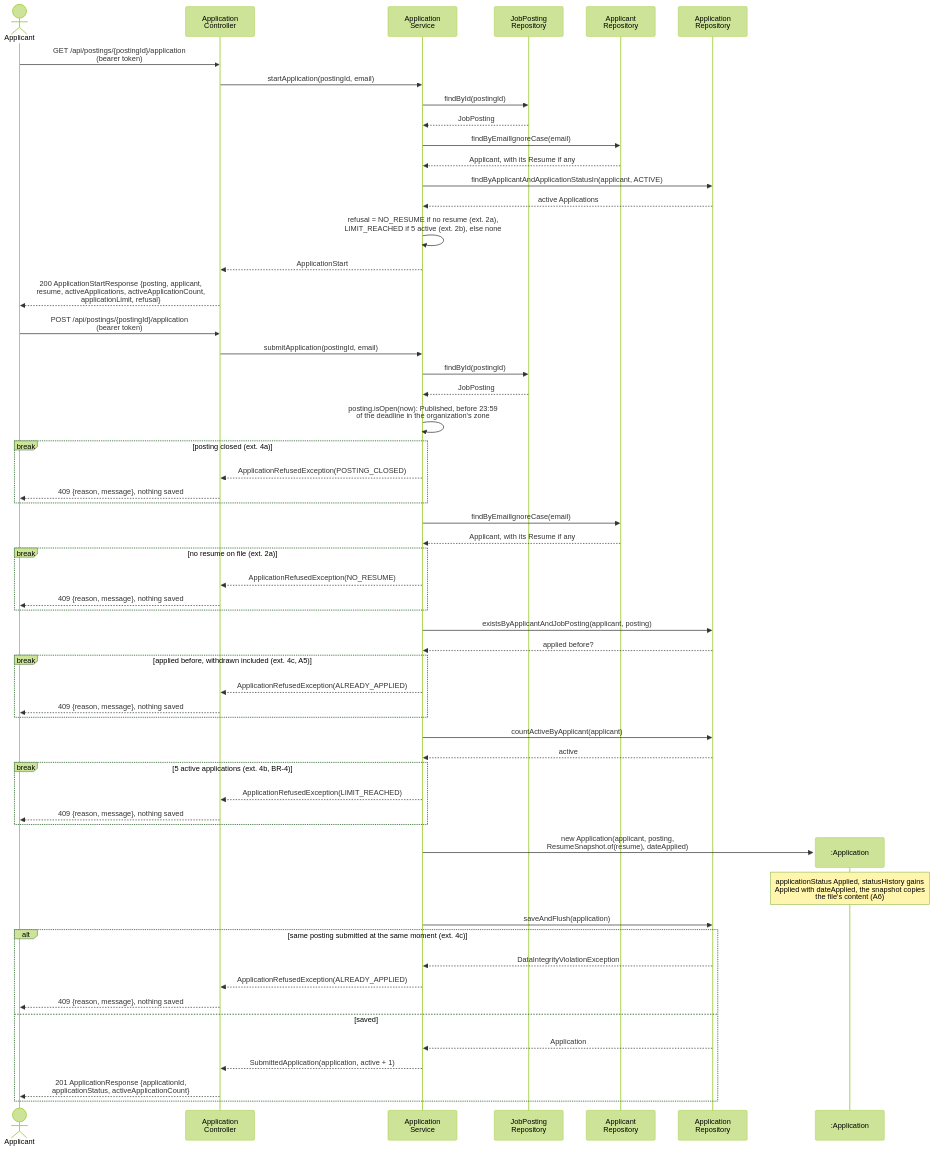
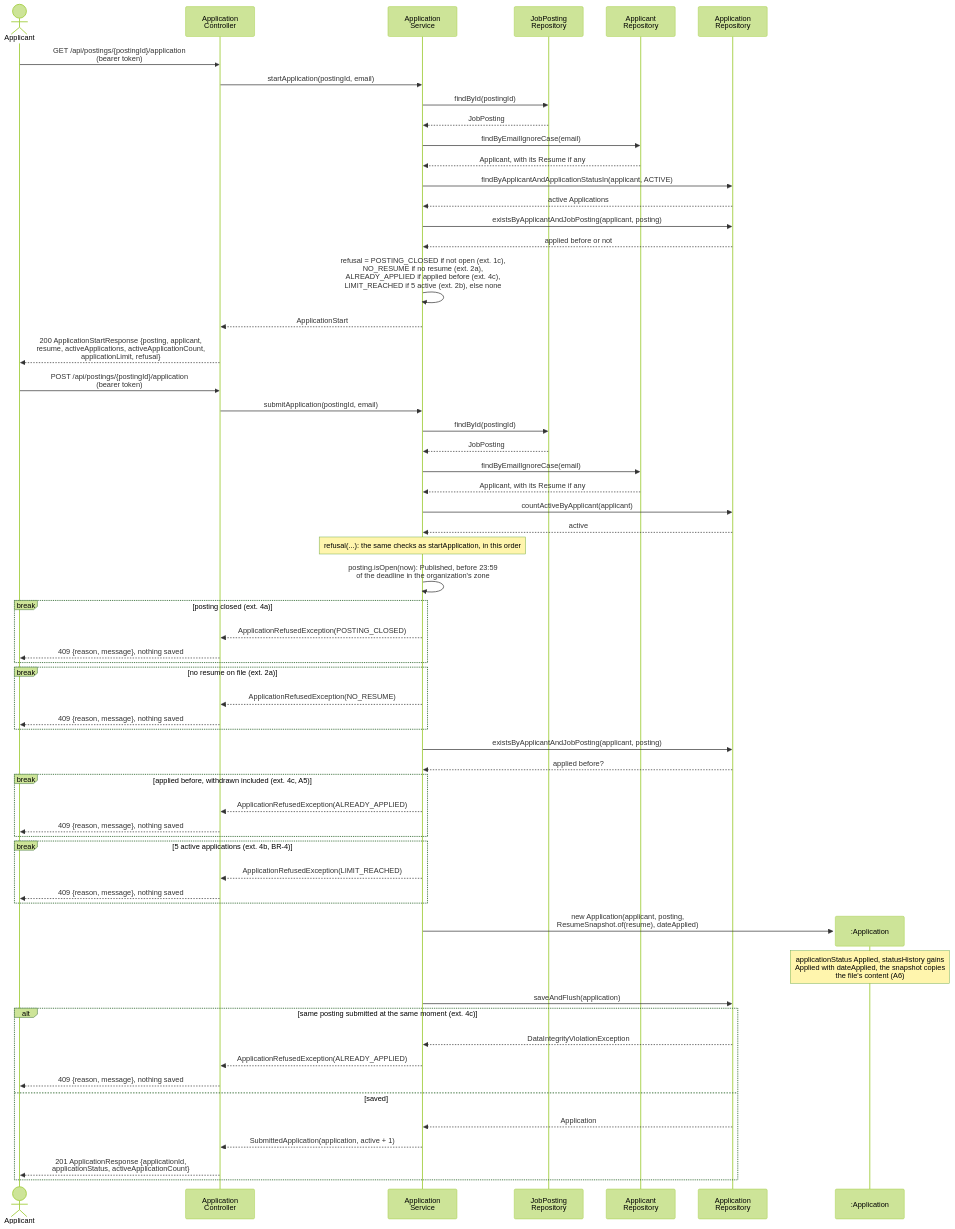
One commit to berdyshevol/careerbridge-csi5324 changed the fifth of 17 diagrams in spec/design.md. Above: the diagram before and after it, drawn with Mermaid (forest theme). The commit also changed other lines of this file and 12 other files, not shown here.

First line of the commit message:
SCRUM-266 startApplication names a closed or already-applied posting; the screen stops deciding

````diff
--- a/spec/design.md
+++ b/spec/design.md
@@ -236,62 +237,65 @@
 ```mermaid
 sequenceDiagram
     actor AP as Applicant
     participant AC as Application<br/>Controller
     participant AS as Application<br/>Service
     participant JR as JobPosting<br/>Repository
     participant UR as Applicant<br/>Repository
     participant AR as Application<br/>Repository
 
     AP->>AC: GET /api/postings/{postingId}/application<br/>(bearer token)
     AC->>AS: startApplication(postingId, email)
     AS->>JR: findById(postingId)
     JR-->>AS: JobPosting
     AS->>UR: findByEmailIgnoreCase(email)
     UR-->>AS: Applicant, with its Resume if any
     AS->>AR: findByApplicantAndApplicationStatusIn(applicant, ACTIVE)
     AR-->>AS: active Applications
-    AS->>AS: refusal = NO_RESUME if no resume (ext. 2a),<br/>LIMIT_REACHED if 5 active (ext. 2b), else none
+    AS->>AR: existsByApplicantAndJobPosting(applicant, posting)
+    AR-->>AS: applied before or not
+    AS->>AS: refusal = POSTING_CLOSED if not open (ext. 1c),<br/>NO_RESUME if no resume (ext. 2a),<br/>ALREADY_APPLIED if applied before (ext. 4c),<br/>LIMIT_REACHED if 5 active (ext. 2b), else none
     AS-->>AC: ApplicationStart
     AC-->>AP: 200 ApplicationStartResponse {posting, applicant,<br/>resume, activeApplications, activeApplicationCount,<br/>applicationLimit, refusal}
 
     AP->>AC: POST /api/postings/{postingId}/application<br/>(bearer token)
     AC->>AS: submitApplication(postingId, email)
     AS->>JR: findById(postingId)
     JR-->>AS: JobPosting
+    AS->>UR: findByEmailIgnoreCase(email)
+    UR-->>AS: Applicant, with its Resume if any
+    AS->>AR: countActiveByApplicant(applicant)
+    AR-->>AS: active
+    Note over AS: refusal(...): the same checks as startApplication, in this order
     AS->>AS: posting.isOpen(now): Published, before 23:59<br/>of the deadline in the organization's zone
     break posting closed (ext. 4a)
         AS-->>AC: ApplicationRefusedException(POSTING_CLOSED)
         AC-->>AP: 409 {reason, message}, nothing saved
     end
-    AS->>UR: findByEmailIgnoreCase(email)
-    UR-->>AS: Applicant, with its Resume if any
     break no resume on file (ext. 2a)
         AS-->>AC: ApplicationRefusedException(NO_RESUME)
         AC-->>AP: 409 {reason, message}, nothing saved
     end
     AS->>AR: existsByApplicantAndJobPosting(applicant, posting)
     AR-->>AS: applied before?
     break applied before, withdrawn included (ext. 4c, A5)
         AS-->>AC: ApplicationRefusedException(ALREADY_APPLIED)
         AC-->>AP: 409 {reason, message}, nothing saved
     end
-    AS->>AR: countActiveByApplicant(applicant)
-    AR-->>AS: active
     break 5 active applications (ext. 4b, BR-4)
         AS-->>AC: ApplicationRefusedException(LIMIT_REACHED)
         AC-->>AP: 409 {reason, message}, nothing saved
     end
     create participant A as :Application
     AS->>A: new Application(applicant, posting,<br/>ResumeSnapshot.of(resume), dateApplied)
     Note over A: applicationStatus Applied, statusHistory gains<br/>Applied with dateApplied, the snapshot copies<br/>the file's content (A6)
     AS->>AR: saveAndFlush(application)
     alt same posting submitted at the same moment (ext. 4c)
         AR-->>AS: DataIntegrityViolationException
         AS-->>AC: ApplicationRefusedException(ALREADY_APPLIED)
         AC-->>AP: 409 {reason, message}, nothing saved
     else saved
         AR-->>AS: Application
         AS-->>AC: SubmittedApplication(application, active + 1)
         AC-->>AP: 201 ApplicationResponse {applicationId,<br/>applicationStatus, activeApplicationCount}
     end
 ```
````
